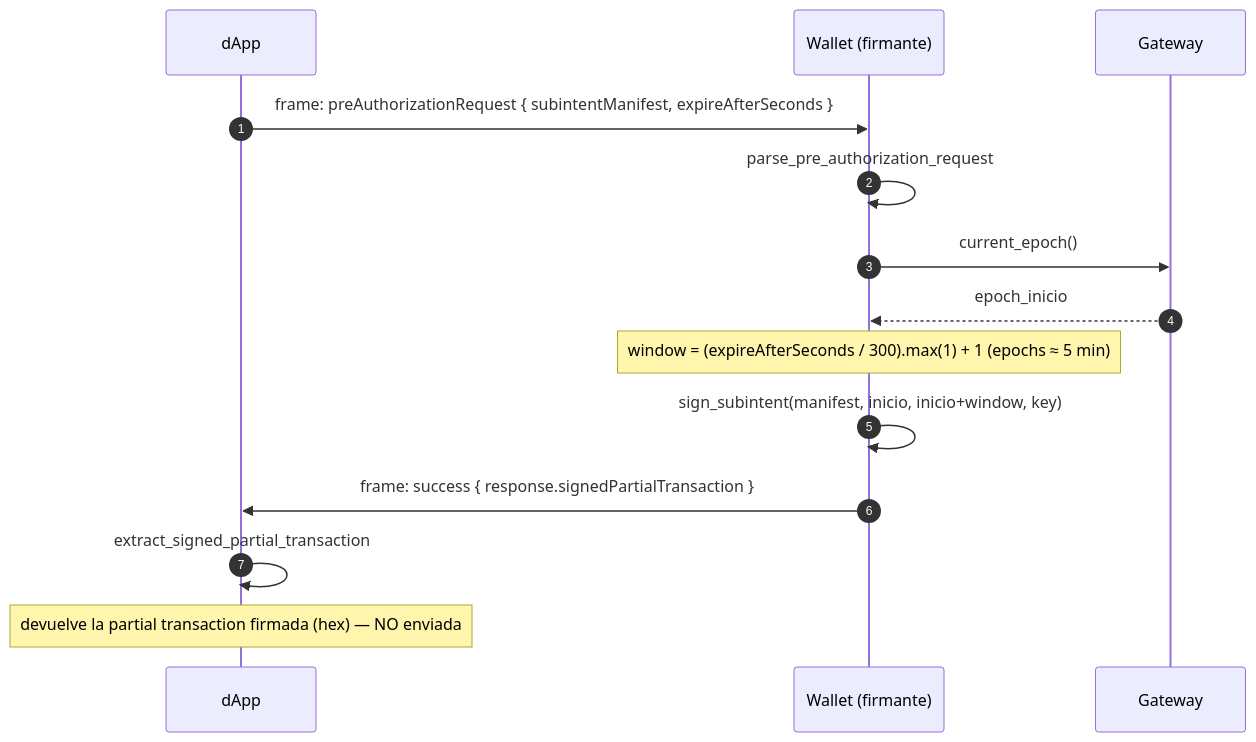
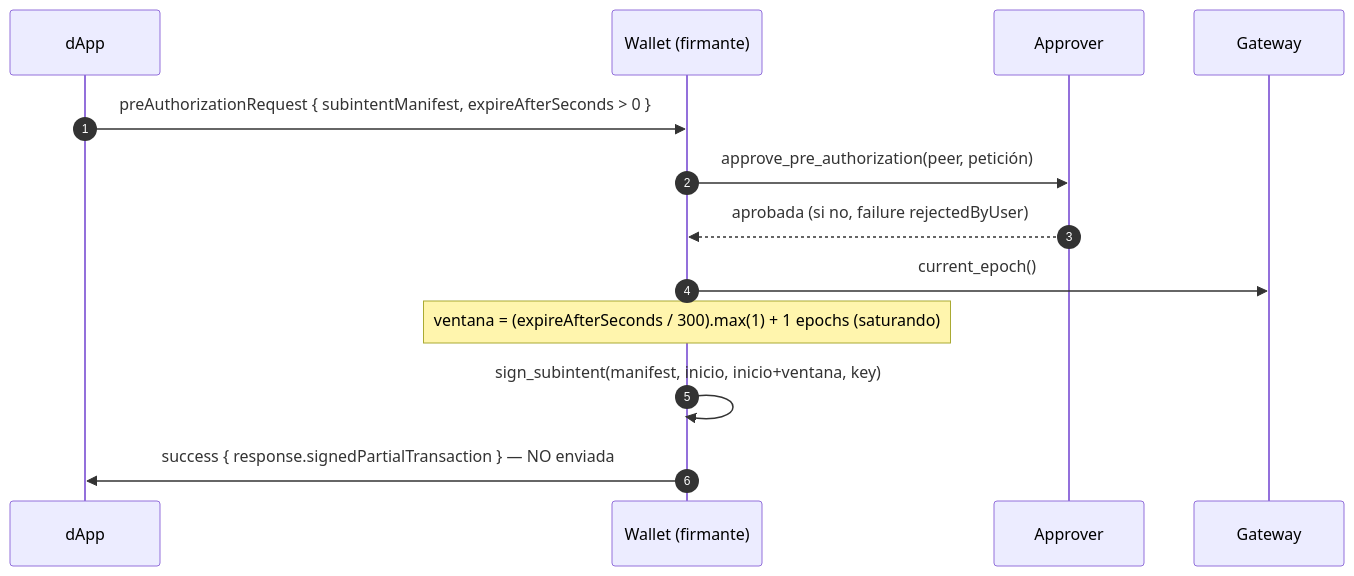
Before and after one commit to genkipool/radixdlt-rust-sdk: the fourth of 4 diagrams in crates/connect-iroh/docs/PROTOCOL.es.md, drawn with Mermaid. The commit also changed other lines of this file and 13 other files, not shown here.

````diff
--- a/crates/connect-iroh/docs/PROTOCOL.es.md
+++ b/crates/connect-iroh/docs/PROTOCOL.es.md
@@ -232,17 +277,16 @@
 ```mermaid
 sequenceDiagram
     autonumber
     participant D as dApp
     participant W as Wallet (firmante)
+    participant A as Approver
     participant G as Gateway
 
-    D->>W: frame: preAuthorizationRequest { subintentManifest, expireAfterSeconds }
-    W->>W: parse_pre_authorization_request
+    D->>W: preAuthorizationRequest { subintentManifest, expireAfterSeconds > 0 }
+    W->>A: approve_pre_authorization(peer, petición)
+    A-->>W: aprobada (si no, failure rejectedByUser)
     W->>G: current_epoch()
-    G-->>W: epoch_inicio
-    Note over W: window = (expireAfterSeconds / 300).max(1) + 1  (epochs ≈ 5 min)
-    W->>W: sign_subintent(manifest, inicio, inicio+window, key)
-    W->>D: frame: success { response.signedPartialTransaction }
-    D->>D: extract_signed_partial_transaction
-    Note over D: devuelve la partial transaction firmada (hex) — NO enviada
+    Note over W: ventana = (expireAfterSeconds / 300).max(1) + 1 epochs (saturando)
+    W->>W: sign_subintent(manifest, inicio, inicio+ventana, key)
+    W->>D: success { response.signedPartialTransaction } — NO enviada
 ```
````
